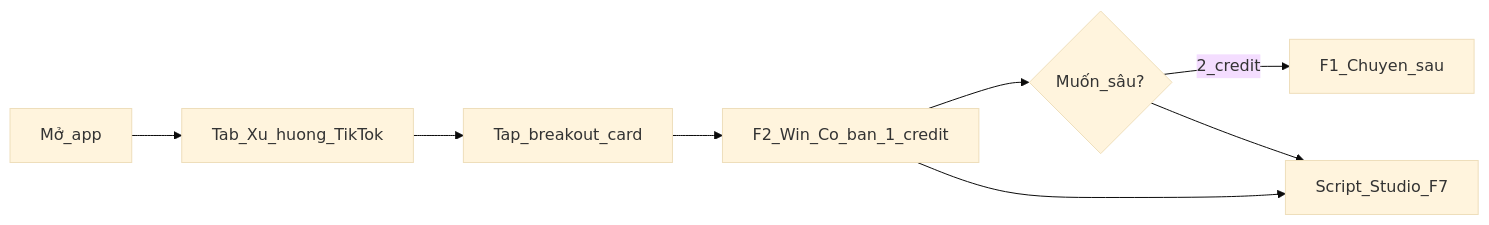
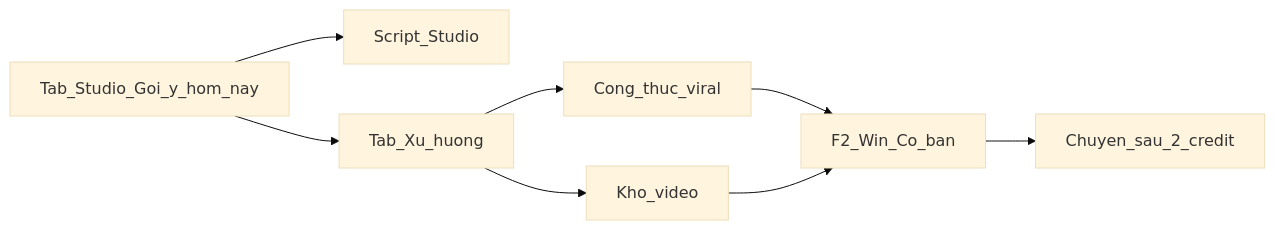
One commit to tad-agentics/getviews.vn changed the eighth of 8 diagrams in artifacts/docs/feature-map-v1.md. Above: the diagram before and after it, drawn with Mermaid (base theme). The commit also changed other lines of this file and 1 other file, not shown here.

````diff
--- a/artifacts/docs/feature-map-v1.md
+++ b/artifacts/docs/feature-map-v1.md
@@ -946,10 +984,10 @@
 ```mermaid
 flowchart LR
-  open[Mở_app] --> tabXH[Tab_Xu_huong_TikTok]
-  tabXH --> tap[Tap_breakout_card]
-  tap --> f2[F2_Win_Co_ban_1_credit]
-  f2 --> upsell{Muốn_sâu?}
-  upsell -->|2_credit| f1[F1_Chuyen_sau]
-  f2 --> script[Script_Studio_F7]
-  upsell --> script
+  studio[Tab_Studio_Goi_y_hom_nay] --> script[Script_Studio]
+  studio --> trends[Tab_Xu_huong]
+  trends --> congthuc[Cong_thuc_viral]
+  trends --> kho[Kho_video]
+  congthuc --> f2[F2_Win_Co_ban]
+  kho --> f2
+  f2 --> upsell[Chuyen_sau_2_credit]
 ```
````
